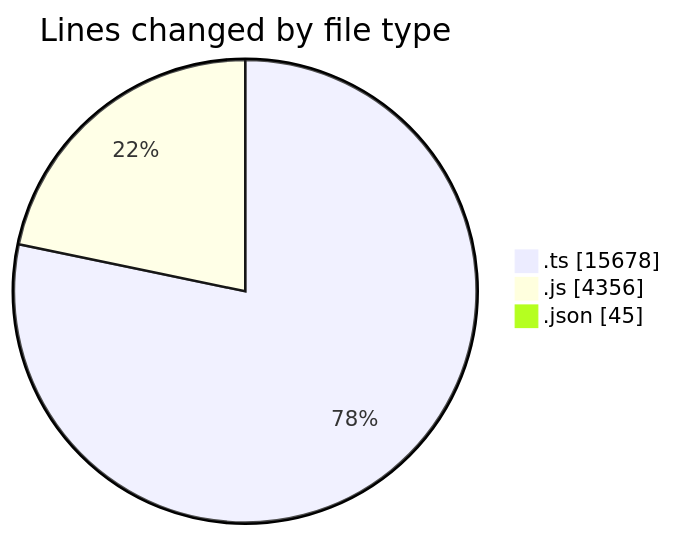
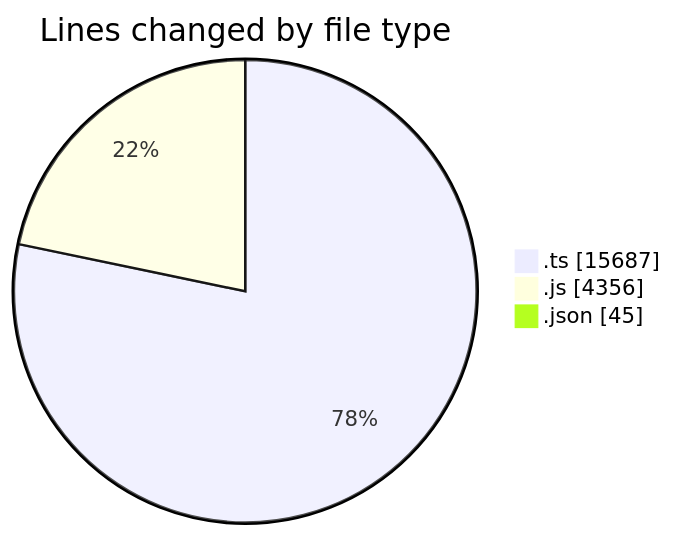
One commit to momahboobian/code-tracking changed the first of 2 diagrams in 2025-07-29/cda/README.md. Above: the diagram before and after it, drawn with Mermaid. The commit also changed other lines of this file and 1 other file, not shown here.

````diff
--- a/2025-07-29/cda/README.md
+++ b/2025-07-29/cda/README.md
@@ -30,7 +30,7 @@
 ```mermaid
 pie showData
 title Lines changed by file type
-".ts" : 15678
+".ts" : 15687
 ".js" : 4356
 ".json" : 45
 ```
````
